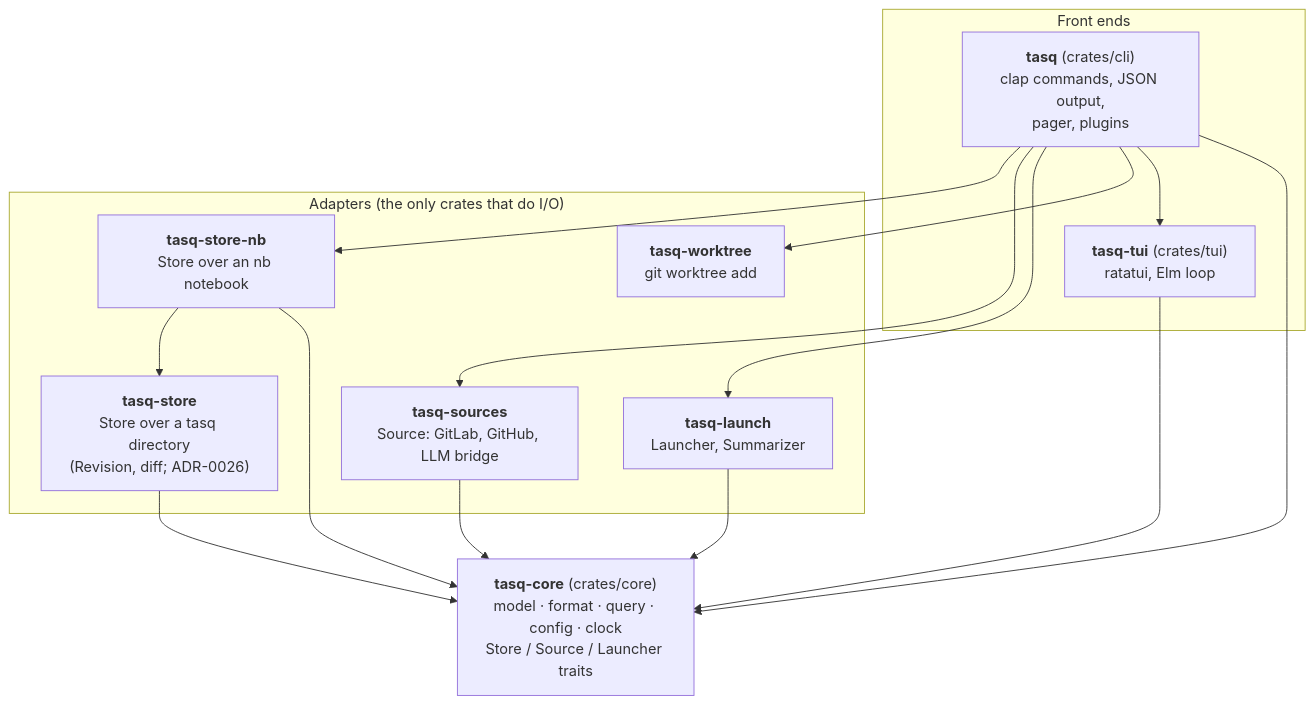
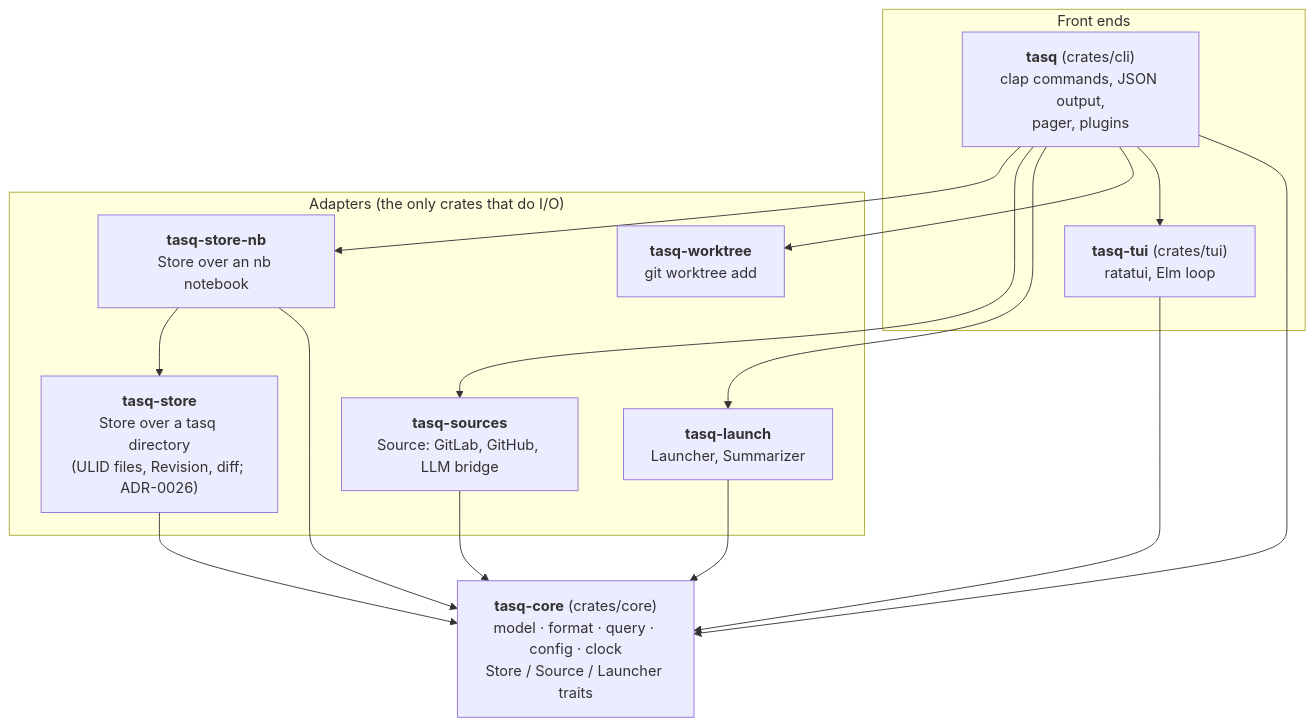
The first of 7 diagrams in docs/architecture.md (pauc/tasq), drawn with Mermaid before and after one commit. The commit also changed other lines of this file and 8 other files, not shown here.

First line of the commit message:
feat(store): read a directory of ULID task files through the Store trait

````diff
--- a/docs/architecture.md
+++ b/docs/architecture.md
@@ -11,30 +11,30 @@
 ```mermaid
 flowchart TB
     subgraph front["Front ends"]
         cli["<b>tasq</b> (crates/cli)<br/>clap commands, JSON output,<br/>pager, plugins"]
         tui["<b>tasq-tui</b> (crates/tui)<br/>ratatui, Elm loop"]
     end
 
     subgraph adapters["Adapters (the only crates that do I/O)"]
-        tstore["<b>tasq-store</b><br/>Store over a tasq directory<br/>(Revision, diff; ADR-0026)"]
+        tstore["<b>tasq-store</b><br/>Store over a tasq directory<br/>(ULID files, Revision, diff; ADR-0026)"]
         store["<b>tasq-store-nb</b><br/>Store over an nb notebook"]
         sources["<b>tasq-sources</b><br/>Source: GitLab, GitHub, LLM bridge"]
         launch["<b>tasq-launch</b><br/>Launcher, Summarizer"]
         worktree["<b>tasq-worktree</b><br/>git worktree add"]
     end
 
     core["<b>tasq-core</b> (crates/core)<br/>model · format · query · config · clock<br/>Store / Source / Launcher traits"]
 
     cli --> store
     store --> tstore
     tstore --> core
     cli --> sources
     cli --> launch
     cli --> worktree
     cli --> tui
     cli --> core
     tui --> core
     store --> core
     sources --> core
     launch --> core
 ```
````
